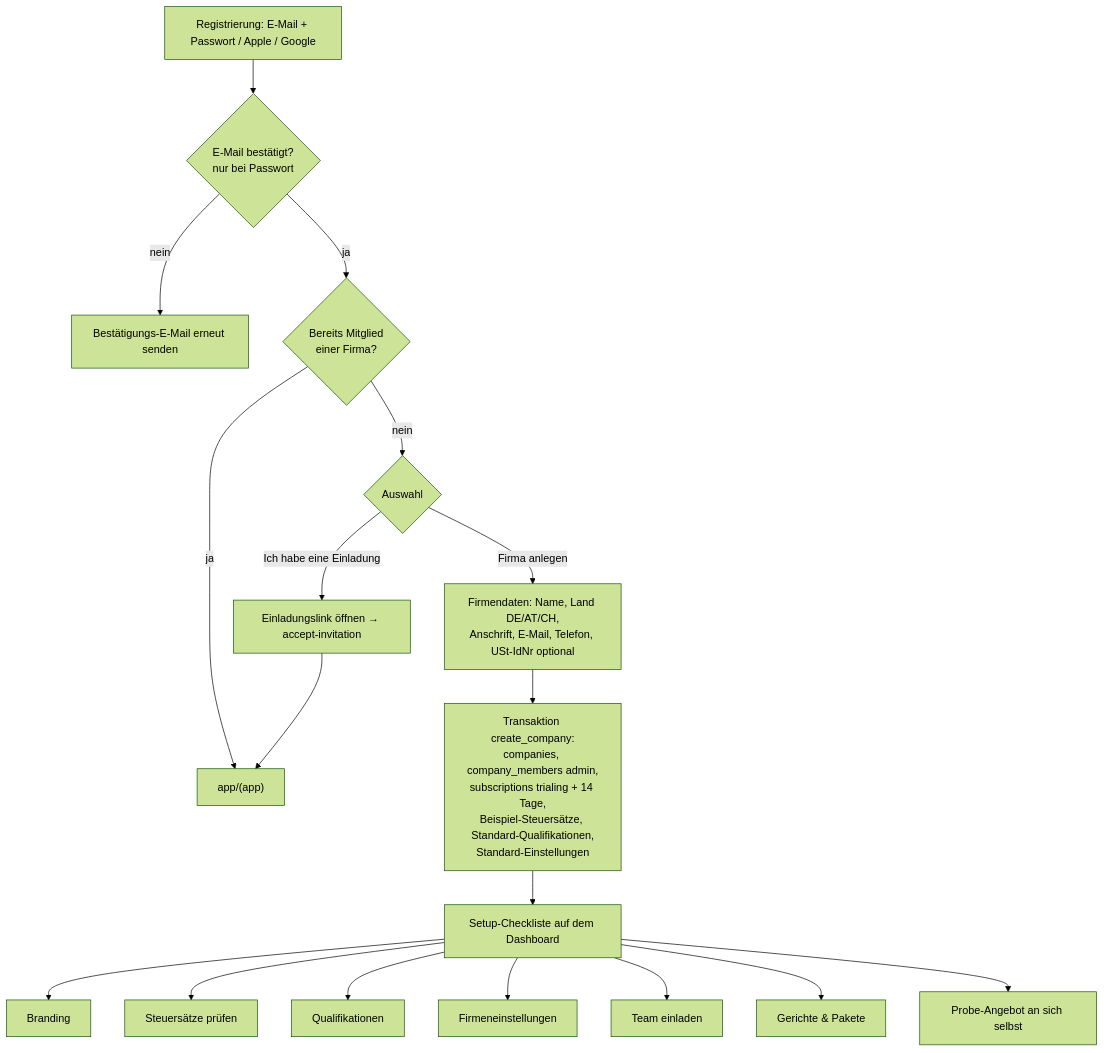
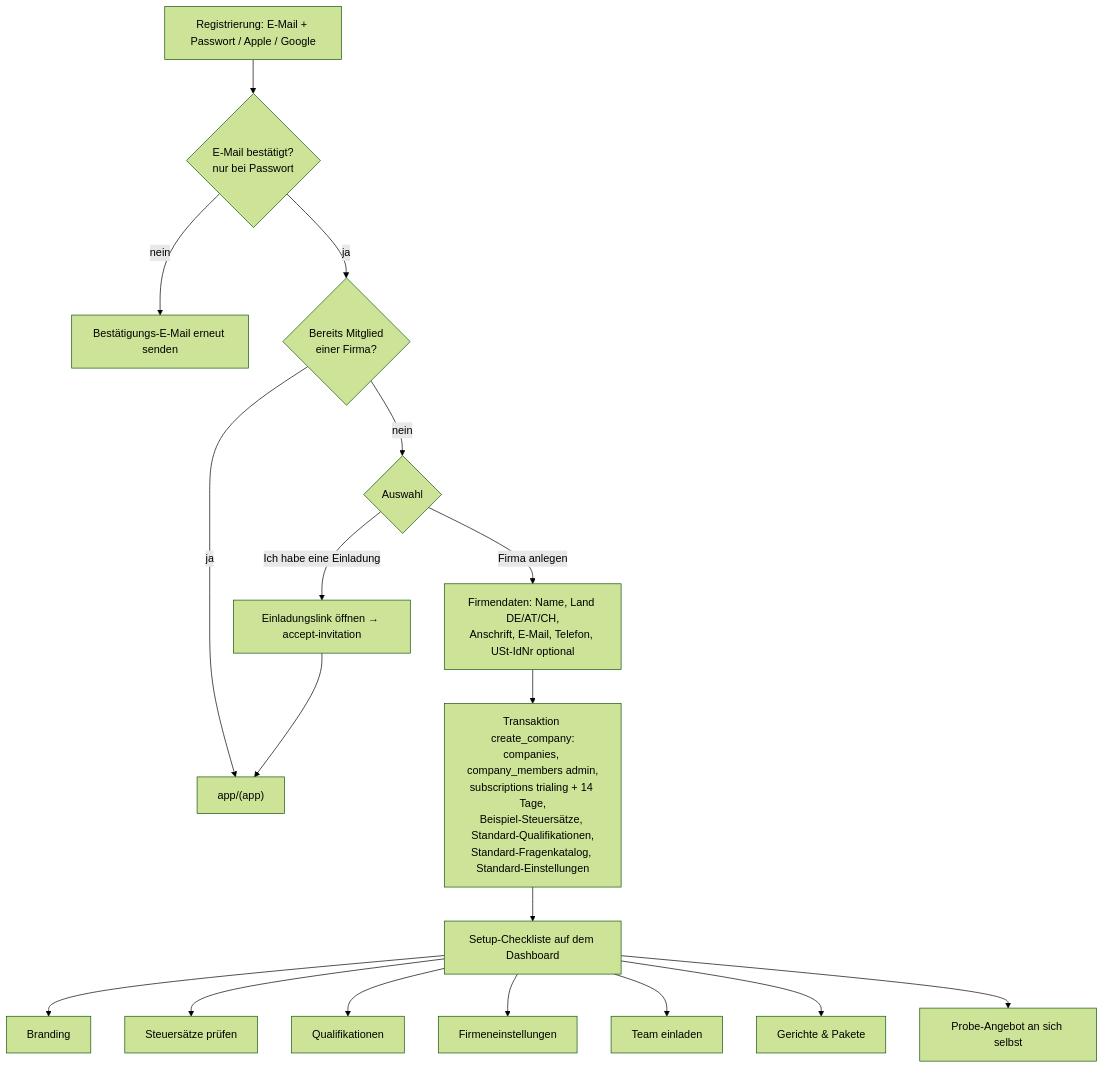
One commit to Maddin1337/catering-app changed the sixth of 8 diagrams in docs/02-ablaeufe.md. Above: the diagram before and after it, drawn with Mermaid (forest theme). The commit also changed other lines of this file and 5 other files, not shown here.

````diff
--- a/docs/02-ablaeufe.md
+++ b/docs/02-ablaeufe.md
@@ -623,14 +674,14 @@
 ```mermaid
 flowchart TD
     R[Registrierung: E-Mail + Passwort / Apple / Google] --> V{E-Mail bestätigt?<br/>nur bei Passwort}
     V -- nein --> V1[Bestätigungs-E-Mail erneut senden]
     V -- ja --> M{Bereits Mitglied<br/>einer Firma?}
     M -- ja --> APP["app/(app)"]
     M -- nein --> W{Auswahl}
     W -- Firma anlegen --> F[Firmendaten: Name, Land DE/AT/CH,<br/>Anschrift, E-Mail, Telefon, USt-IdNr optional]
     W -- Ich habe eine Einladung --> I[Einladungslink öffnen → accept-invitation]
     I --> APP
-    F --> T[Transaktion create_company:<br/>companies, company_members admin,<br/>subscriptions trialing + 14 Tage,<br/>Beispiel-Steuersätze, Standard-Qualifikationen,<br/>Standard-Einstellungen]
+    F --> T[Transaktion create_company:<br/>companies, company_members admin,<br/>subscriptions trialing + 14 Tage,<br/>Beispiel-Steuersätze, Standard-Qualifikationen,<br/>Standard-Fragenkatalog, Standard-Einstellungen]
     T --> C[Setup-Checkliste auf dem Dashboard]
     C --> C1[Branding] & C2[Steuersätze prüfen] & C3[Qualifikationen] & C4[Firmeneinstellungen] & C5[Team einladen] & C6[Gerichte & Pakete] & C7[Probe-Angebot an sich selbst]
 ```
````
